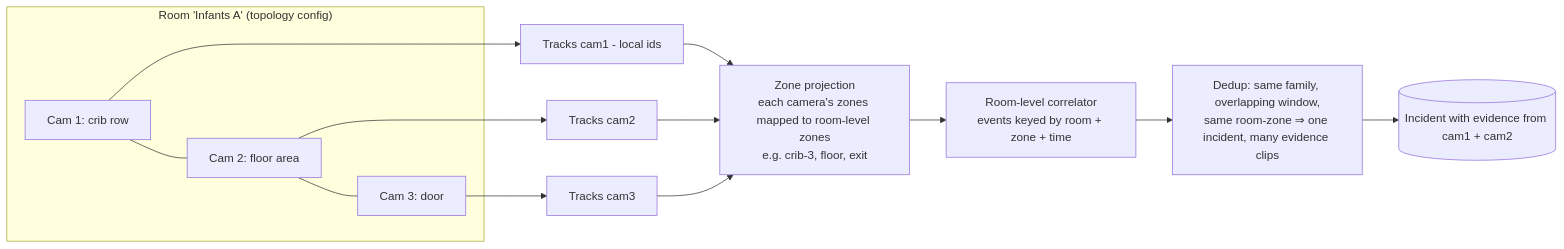
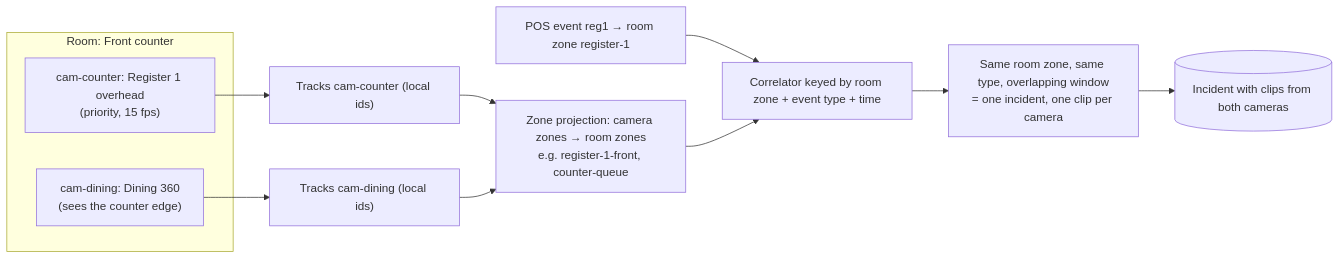
One commit to harsha7123/ai_camera changed the diagram in docs/architecture/diagrams/04-multi-camera.md. Above: the diagram before and after it, drawn with Mermaid. The commit also changed other lines of this file and 160 other files, not shown here.

````diff
--- a/docs/architecture/diagrams/04-multi-camera.md
+++ b/docs/architecture/diagrams/04-multi-camera.md
@@ -5,14 +5,15 @@
 ```mermaid
 flowchart LR
-  subgraph Room1["Room 'Infants A' (topology config)"]
-    C1[Cam 1: crib row] --- C2[Cam 2: floor area]
-    C2 --- C3[Cam 3: door]
+  subgraph Counter["Room: Front counter"]
+    C1["cam-counter: Register 1 overhead<br/>(priority, 15 fps)"]
+    C2["cam-dining: Dining 360<br/>(sees the counter edge)"]
   end
-  C1 --> T1[Tracks cam1 - local ids]
-  C2 --> T2[Tracks cam2]
-  C3 --> T3[Tracks cam3]
-  T1 & T2 & T3 --> Z[Zone projection<br/>each camera's zones mapped to room-level zones<br/>e.g. crib-3, floor, exit]
-  Z --> CORR[Room-level correlator<br/>events keyed by room + zone + time]
-  CORR --> DEDUP[Dedup: same family, overlapping window,<br/>same room-zone ⇒ one incident, many evidence clips]
-  DEDUP --> INC[(Incident with evidence from cam1 + cam2)]
+  C1 --> T1["Tracks cam-counter (local ids)"]
+  C2 --> T2["Tracks cam-dining (local ids)"]
+  T1 --> Z["Zone projection: camera zones → room zones<br/>e.g. register-1-front, counter-queue"]
+  T2 --> Z
+  POS["POS event reg1 → room zone register-1"] --> CORR
+  Z --> CORR["Correlator keyed by room zone + event type + time"]
+  CORR --> DEDUP["Same room zone, same type, overlapping window<br/>= one incident, one clip per camera"]
+  DEDUP --> INC[("Incident with clips from both cameras")]
 ```
````
